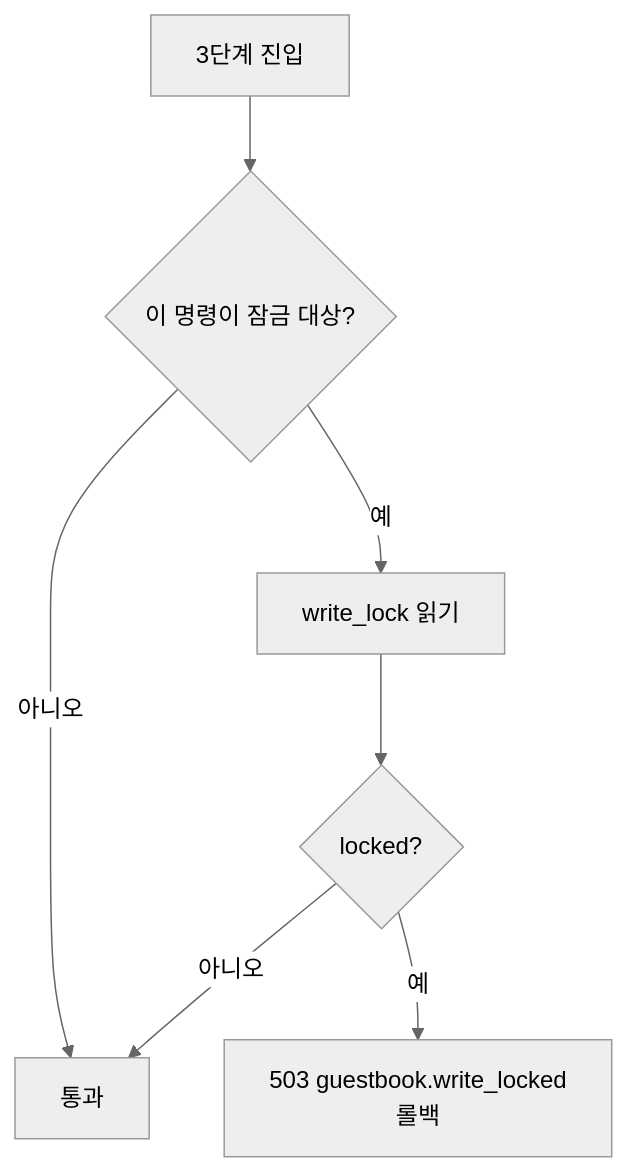
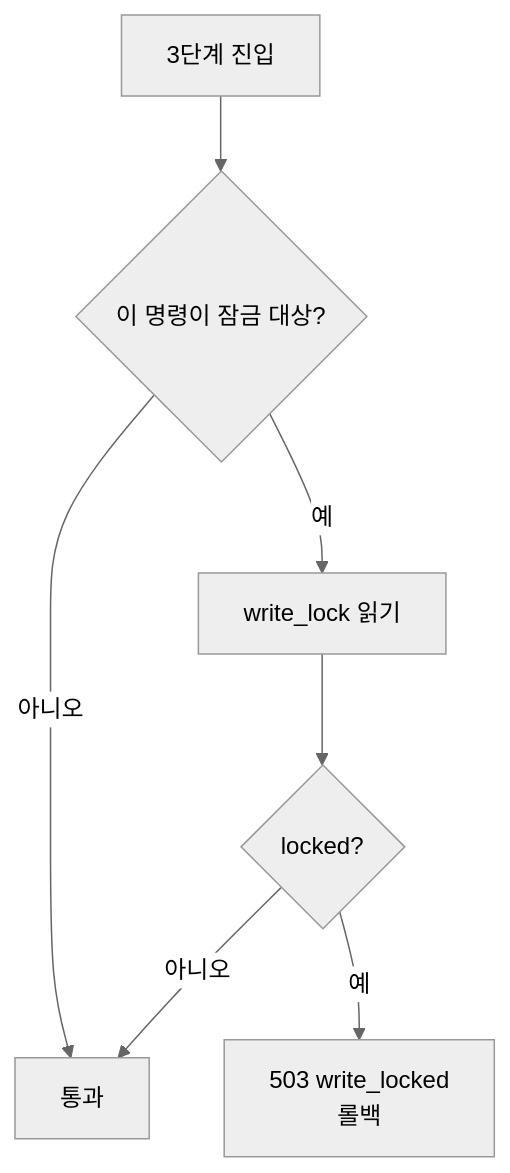
Diagram 39 of 41 in docs/design/features/11-guestbook-write.md (1985jwlee/portpolio_backend), drawn with Mermaid (neutral theme) before and after one commit. The commit also changed other lines of this file and 33 other files, not shown here.

````diff
--- a/docs/design/features/11-guestbook-write.md
+++ b/docs/design/features/11-guestbook-write.md
@@ -1886,9 +1873,9 @@
 ```mermaid
 flowchart TD
     A["3단계 진입"] --> B{"이 명령이 잠금 대상?"}
     B -- "아니오" --> N["통과"]
     B -- "예" --> C["write_lock 읽기"]
     C --> D{"locked?"}
     D -- "아니오" --> N
-    D -- "예" --> E["503 guestbook.write_locked<br/>롤백"]
+    D -- "예" --> E["503 write_locked<br/>롤백"]
 ```
````
